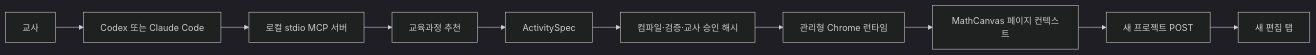
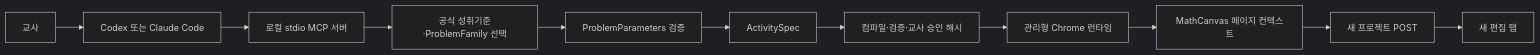
Before and after one commit to kakio426/mathcanvas-ai-authoring: the diagram in docs/ARCHITECTURE.md, drawn with Mermaid (dark theme). The commit also changed other lines of this file and 59 other files, not shown here.

Commit message:
feat: establish extensible problem family foundation

````diff
--- a/docs/ARCHITECTURE.md
+++ b/docs/ARCHITECTURE.md
@@ -7,12 +7,13 @@
 ```mermaid
 flowchart LR
   T["교사"] --> A["Codex 또는 Claude Code"]
   A --> M["로컬 stdio MCP 서버"]
-  M --> R["교육과정 추천"]
-  R --> S["ActivitySpec"]
+  M --> R["공식 성취기준·ProblemFamily 선택"]
+  R --> F["ProblemParameters 검증"]
+  F --> S["ActivitySpec"]
   S --> V["컴파일·검증·교사 승인 해시"]
   V --> B["관리형 Chrome 런타임"]
   B --> P["MathCanvas 페이지 컨텍스트"]
   P --> N["새 프로젝트 POST"]
   N --> W["새 편집 탭"]
 ```
````
